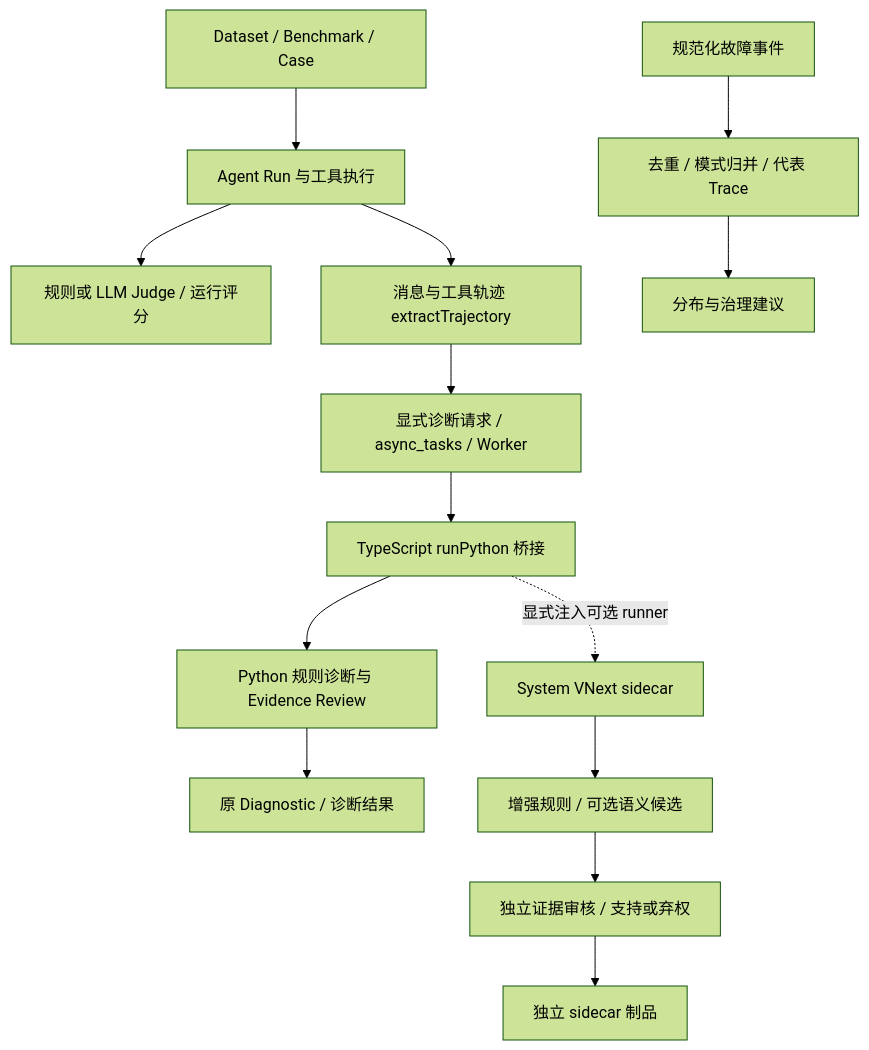
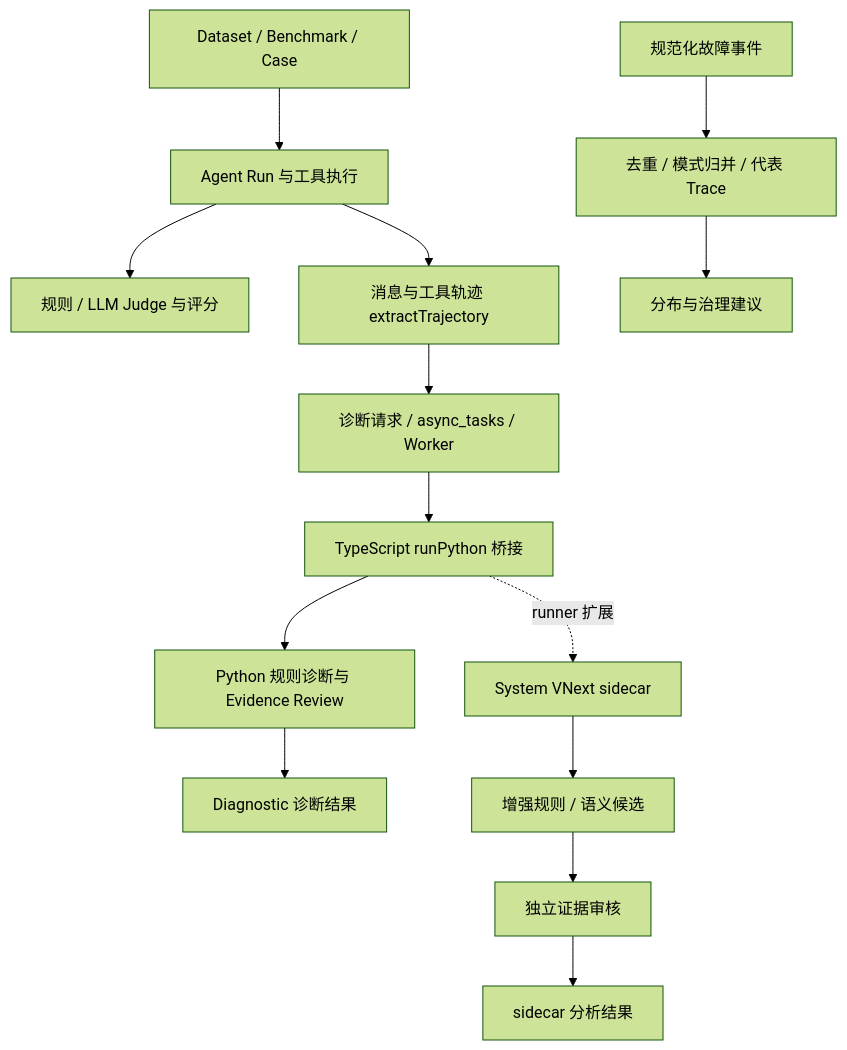
One commit to lhuowang681-cpu/agent-eval-project changed the diagram in README.md. Above: the diagram before and after it, drawn with Mermaid (forest theme). The commit also changed other lines of this file and 6 other files, not shown here.

````diff
--- a/README.md
+++ b/README.md
@@ -49,16 +21,16 @@
 ```mermaid
 flowchart TD
     Dataset[Dataset / Benchmark / Case] --> Run[Agent Run 与工具执行]
-    Run --> Judge[规则或 LLM Judge / 运行评分]
+    Run --> Judge[规则 / LLM Judge 与评分]
     Run --> Trace[消息与工具轨迹 extractTrajectory]
-    Trace --> Queue[显式诊断请求 / async_tasks / Worker]
+    Trace --> Queue[诊断请求 / async_tasks / Worker]
     Queue --> Bridge[TypeScript runPython 桥接]
     Bridge --> Rules[Python 规则诊断与 Evidence Review]
-    Rules --> Diagnostic[原 Diagnostic / 诊断结果]
-    Bridge -. 显式注入可选 runner .-> Sidecar[System VNext sidecar]
-    Sidecar --> Candidate[增强规则 / 可选语义候选]
-    Candidate --> Review[独立证据审核 / 支持或弃权]
-    Review --> Artifact[独立 sidecar 制品]
+    Rules --> Diagnostic[Diagnostic 诊断结果]
+    Bridge -. runner 扩展 .-> Sidecar[System VNext sidecar]
+    Sidecar --> Candidate[增强规则 / 语义候选]
+    Candidate --> Review[独立证据审核]
+    Review --> Artifact[sidecar 分析结果]
     Events[规范化故障事件] --> Group[去重 / 模式归并 / 代表 Trace]
     Group --> Report[分布与治理建议]
 ```
````
